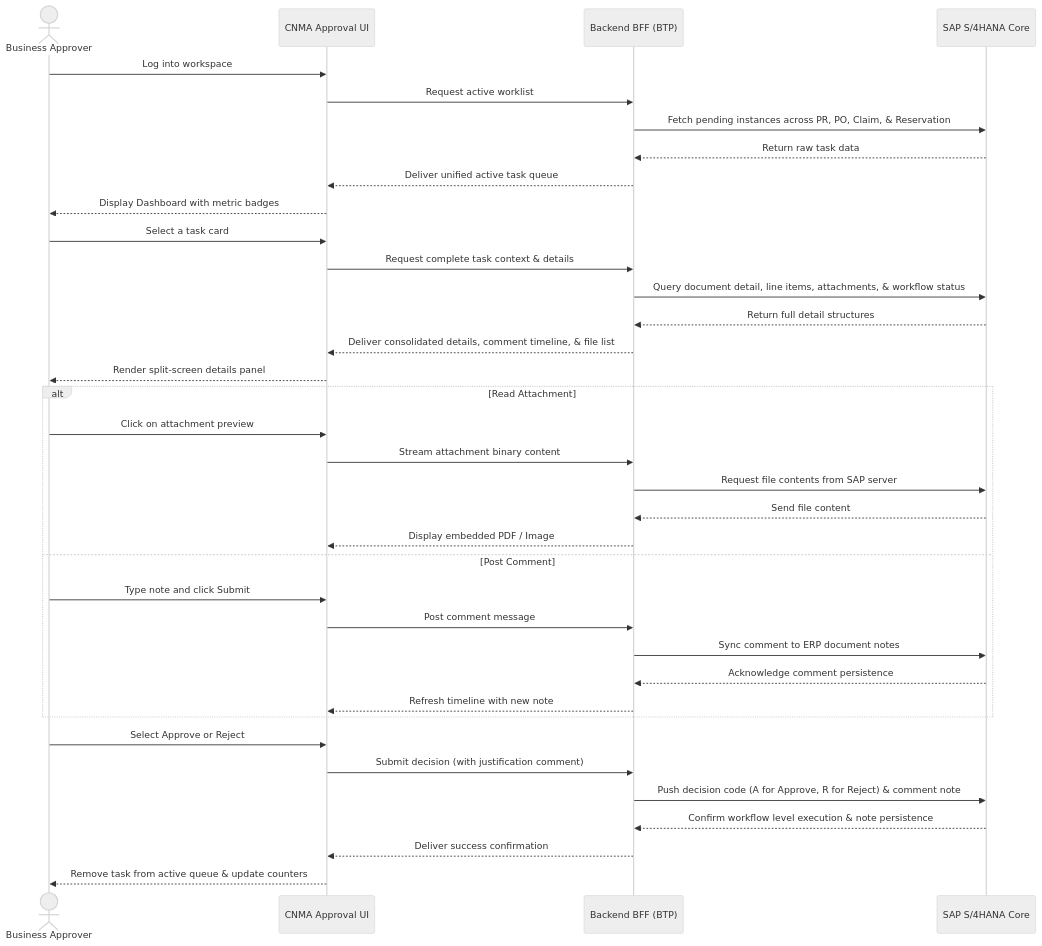
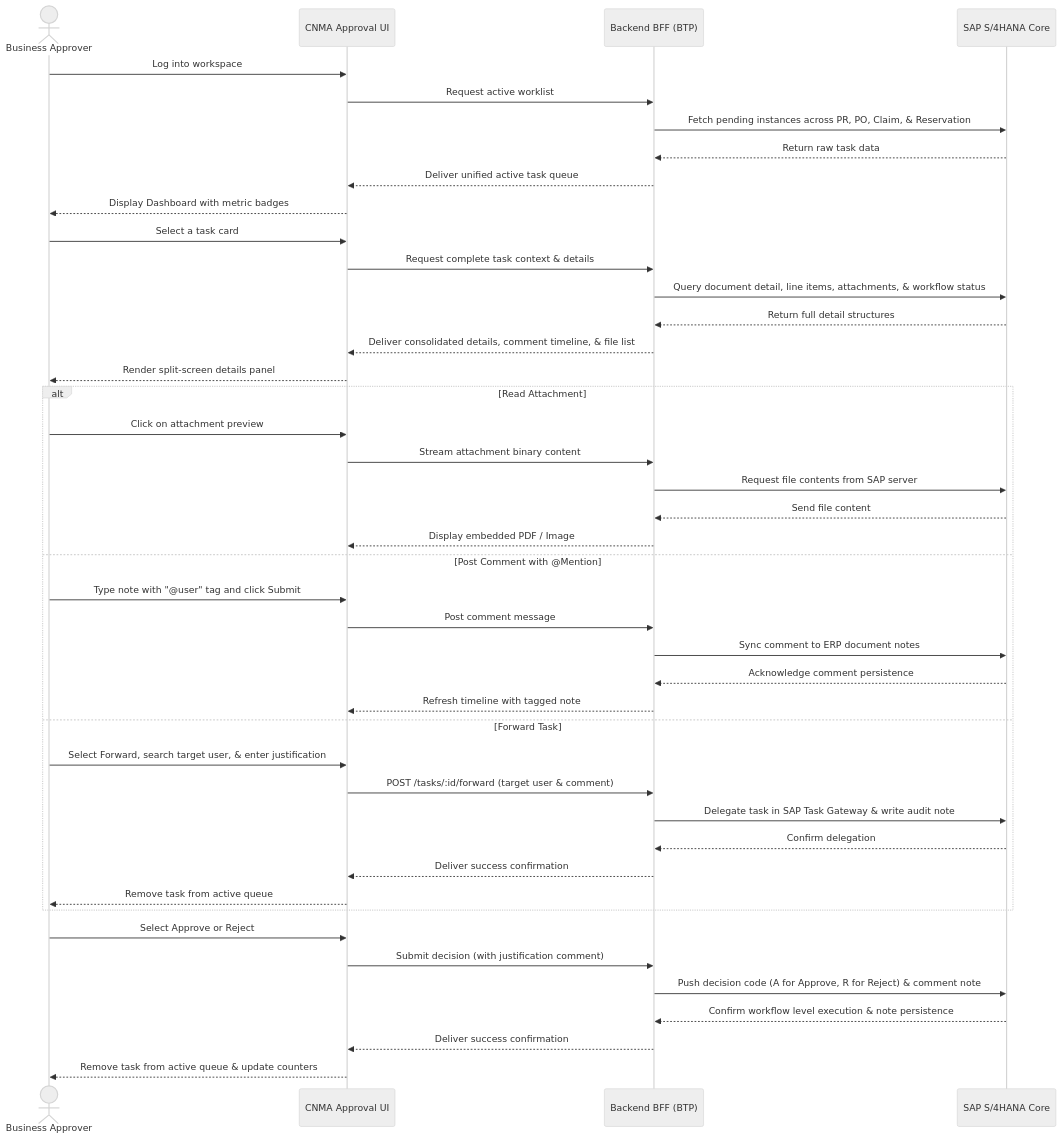
One commit to mindinh/approval-app changed the first of 3 diagrams in docs/business/01-process-flows.md. Above: the diagram before and after it, drawn with Mermaid (neutral theme). The commit also changed other lines of this file and 8 other files, not shown here.

````diff
--- a/docs/business/01-process-flows.md
+++ b/docs/business/01-process-flows.md
@@ -13,42 +13,49 @@
 ```mermaid
 sequenceDiagram
     actor Approver as Business Approver
     participant Portal as CNMA Approval UI
     participant BFF as Backend BFF (BTP)
     participant ERP as SAP S/4HANA Core
 
     Approver->>Portal: Log into workspace
     Portal->>BFF: Request active worklist
     BFF->>ERP: Fetch pending instances across PR, PO, Claim, & Reservation
     ERP-->>BFF: Return raw task data
     BFF-->>Portal: Deliver unified active task queue
     Portal-->>Approver: Display Dashboard with metric badges
 
     Approver->>Portal: Select a task card
     Portal->>BFF: Request complete task context & details
     BFF->>ERP: Query document detail, line items, attachments, & workflow status
     ERP-->>BFF: Return full detail structures
     BFF-->>Portal: Deliver consolidated details, comment timeline, & file list
     Portal-->>Approver: Render split-screen details panel
 
     alt Read Attachment
         Approver->>Portal: Click on attachment preview
         Portal->>BFF: Stream attachment binary content
         BFF->>ERP: Request file contents from SAP server
         ERP-->>BFF: Send file content
         BFF-->>Portal: Display embedded PDF / Image
-    else Post Comment
-        Approver->>Portal: Type note and click Submit
+    else Post Comment with @Mention
+        Approver->>Portal: Type note with "@user" tag and click Submit
         Portal->>BFF: Post comment message
         BFF->>ERP: Sync comment to ERP document notes
         ERP-->>BFF: Acknowledge comment persistence
-        BFF-->>Portal: Refresh timeline with new note
+        BFF-->>Portal: Refresh timeline with tagged note
+    else Forward Task
+        Approver->>Portal: Select Forward, search target user, & enter justification
+        Portal->>BFF: POST /tasks/:id/forward (target user & comment)
+        BFF->>ERP: Delegate task in SAP Task Gateway & write audit note
+        ERP-->>BFF: Confirm delegation
+        BFF-->>Portal: Deliver success confirmation
+        Portal-->>Approver: Remove task from active queue
     end
 
     Approver->>Portal: Select Approve or Reject
     Portal->>BFF: Submit decision (with justification comment)
     BFF->>ERP: Push decision code (A for Approve, R for Reject) & comment note
     ERP-->>BFF: Confirm workflow level execution & note persistence
     BFF-->>Portal: Deliver success confirmation
     Portal-->>Approver: Remove task from active queue & update counters
 ```
````
